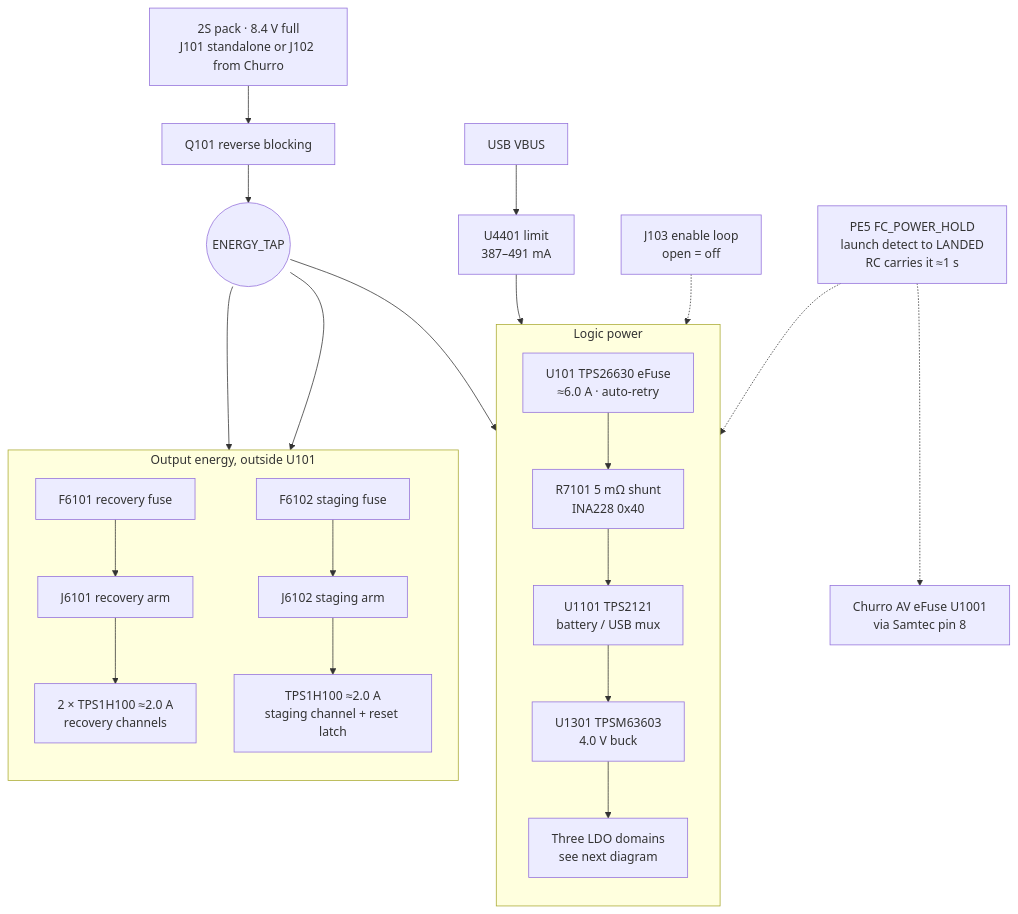
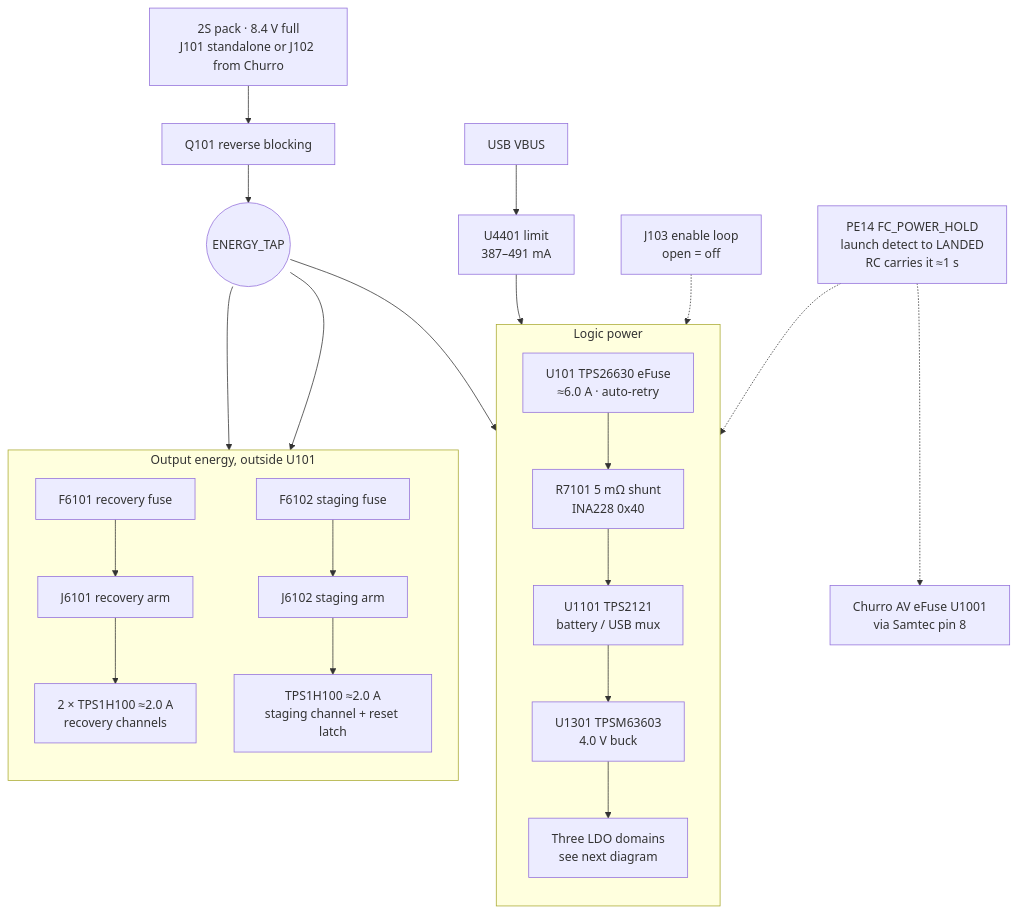
One commit to ULAS-HiPR/Ogma2 changed the first of 2 diagrams in docs/architecture/02-power.md. Above: the diagram before and after it, drawn with Mermaid. The commit also changed other lines of this file and 44 other files, not shown here.

````diff
--- a/docs/architecture/02-power.md
+++ b/docs/architecture/02-power.md
@@ -15,37 +15,37 @@
 ```mermaid
 flowchart TB
   BAT["2S pack · 8.4 V full
 J101 standalone or J102 from Churro"] --> Q["Q101 reverse blocking"]
   Q --> TAP(("ENERGY_TAP"))
   subgraph LOGIC["Logic power"]
     direction TB
     U101["U101 TPS26630 eFuse
 ≈6.0 A · auto-retry"] --> SH["R7101 5 mΩ shunt
 INA228 0x40"]
     SH --> MUX["U1101 TPS2121
 battery / USB mux"]
     MUX --> BUCK["U1301 TPSM63603
 4.0 V buck"]
     BUCK --> DOM["Three LDO domains
 see next diagram"]
   end
   subgraph ENERGY["Output energy, outside U101"]
     direction TB
     F61["F6101 recovery fuse"] --> ARM["J6101 recovery arm"] --> PY["2 × TPS1H100 ≈2.0 A
 recovery channels"]
     F62["F6102 staging fuse"] --> ARM3["J6102 staging arm"] --> PY3["TPS1H100 ≈2.0 A
 staging channel + reset latch"]
   end
   TAP --> U101
   TAP --> F61
   TAP --> F62
   USB["USB VBUS"] --> UL["U4401 limit
 387–491 mA"] --> MUX
   J103["J103 enable loop
 open = off"] -.-> U101
-  HOLD["PE5 FC_POWER_HOLD
+  HOLD["PE14 FC_POWER_HOLD
 launch detect to LANDED
 RC carries it ≈1 s"] -.-> U101
   HOLD -.-> CHU["Churro AV eFuse U1001
 via Samtec pin 8"]
 ```
````
